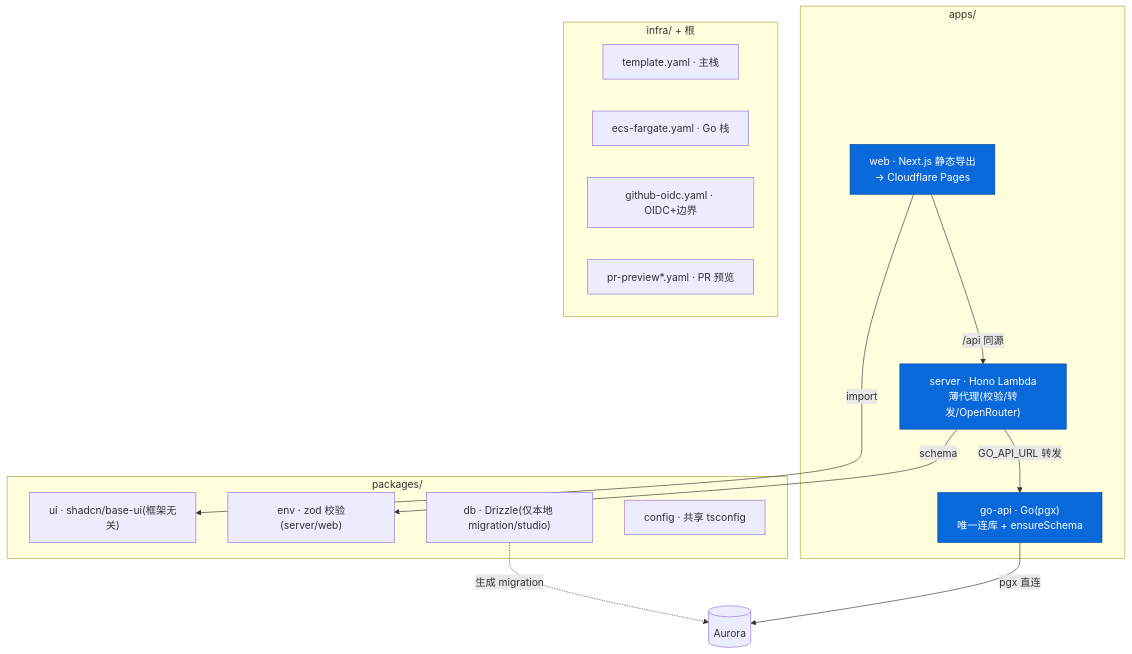
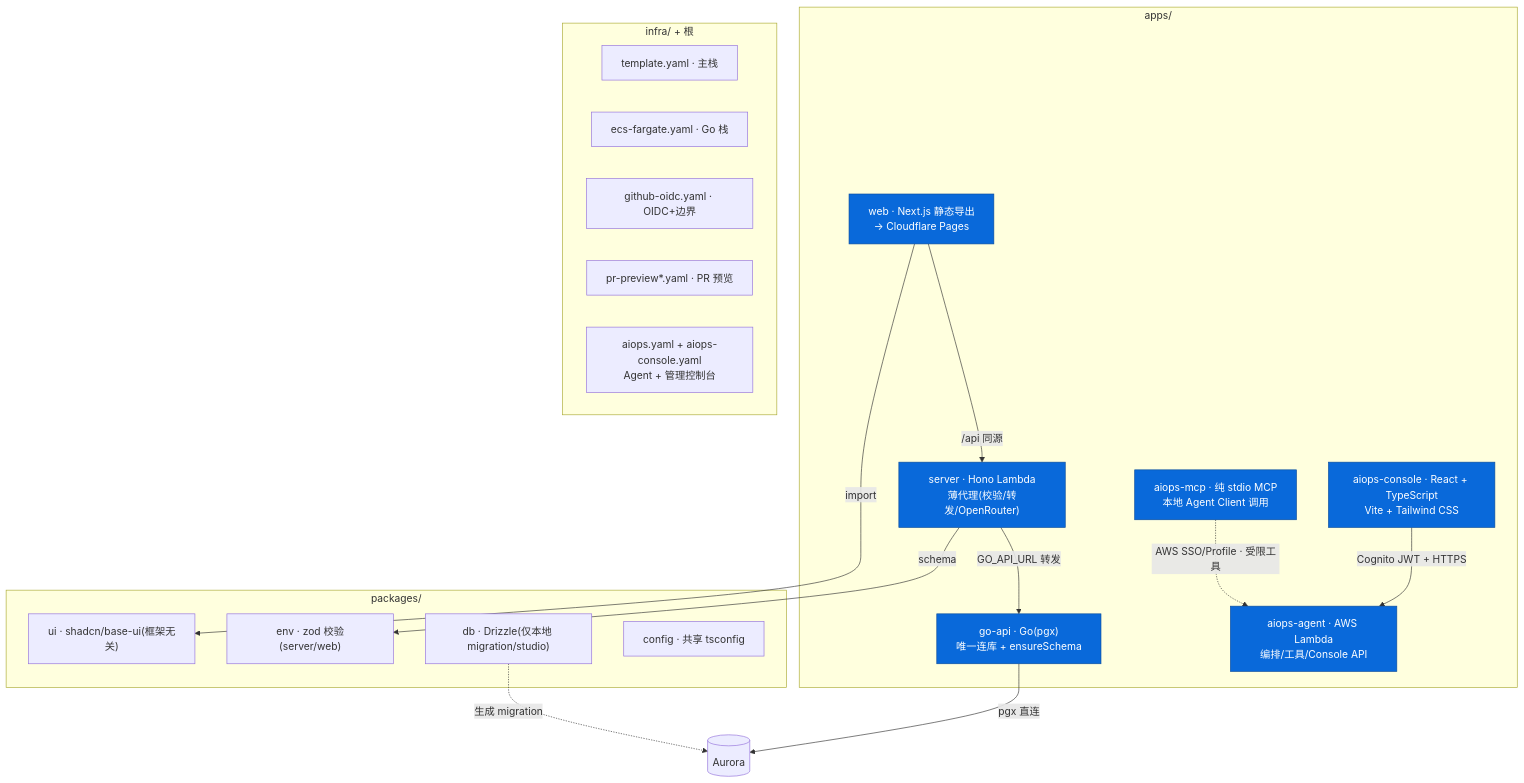
Before and after one commit to PrettyKing/github-repositories-fllow: the seventh of 9 diagrams in docs/架构图.md, drawn with Mermaid. The commit also changed other lines of this file and 32 other files, not shown here.

Commit message:
feat: add React AI Ops console

````diff
--- a/docs/架构图.md
+++ b/docs/架构图.md
@@ -241,30 +266,37 @@
 ```mermaid
 graph TB
     subgraph apps["apps/"]
         web["web · Next.js 静态导出<br/>→ Cloudflare Pages"]
         server["server · Hono Lambda<br/>薄代理(校验/转发/OpenRouter)"]
         go["go-api · Go(pgx)<br/>唯一连库 + ensureSchema"]
+        agent["aiops-agent · AWS Lambda<br/>编排/工具/Console API"]
+        console["aiops-console · React + TypeScript<br/>Vite + Tailwind CSS"]
+        mcp["aiops-mcp · 纯 stdio MCP<br/>本地 Agent Client 调用"]
     end
     subgraph packages["packages/"]
         ui["ui · shadcn/base-ui(框架无关)"]
         env["env · zod 校验(server/web)"]
         db["db · Drizzle(仅本地 migration/studio)"]
         config["config · 共享 tsconfig"]
     end
     subgraph infra["infra/ + 根"]
         tpl["template.yaml · 主栈"]
         ecs["ecs-fargate.yaml · Go 栈"]
         oidc["github-oidc.yaml · OIDC+边界"]
         prp["pr-preview*.yaml · PR 预览"]
+        aio["aiops.yaml + aiops-console.yaml<br/>Agent + 管理控制台"]
     end
 
     web -->|import| ui
     web -->|"/api 同源"| server
     server -->|"GO_API_URL 转发"| go
     server -->|schema| env
     go -->|pgx 直连| DB[("Aurora")]
     db -.->|生成 migration| DB
+    console -->|"Cognito JWT + HTTPS"| agent
+    mcp -.->|"AWS SSO/Profile · 受限工具"| agent
 
     classDef a fill:#0969da,stroke:#0a4c9c,color:#fff
     class web,server,go a
+    class agent,console,mcp a
 ```
````
